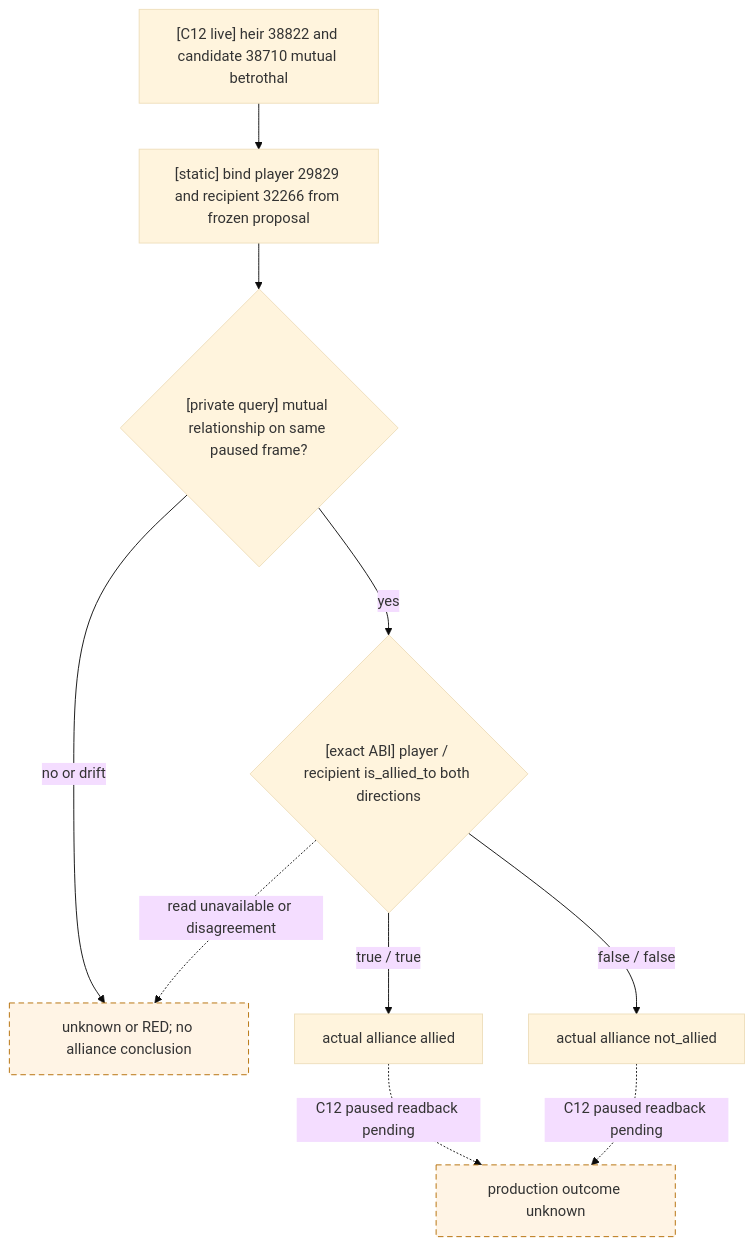
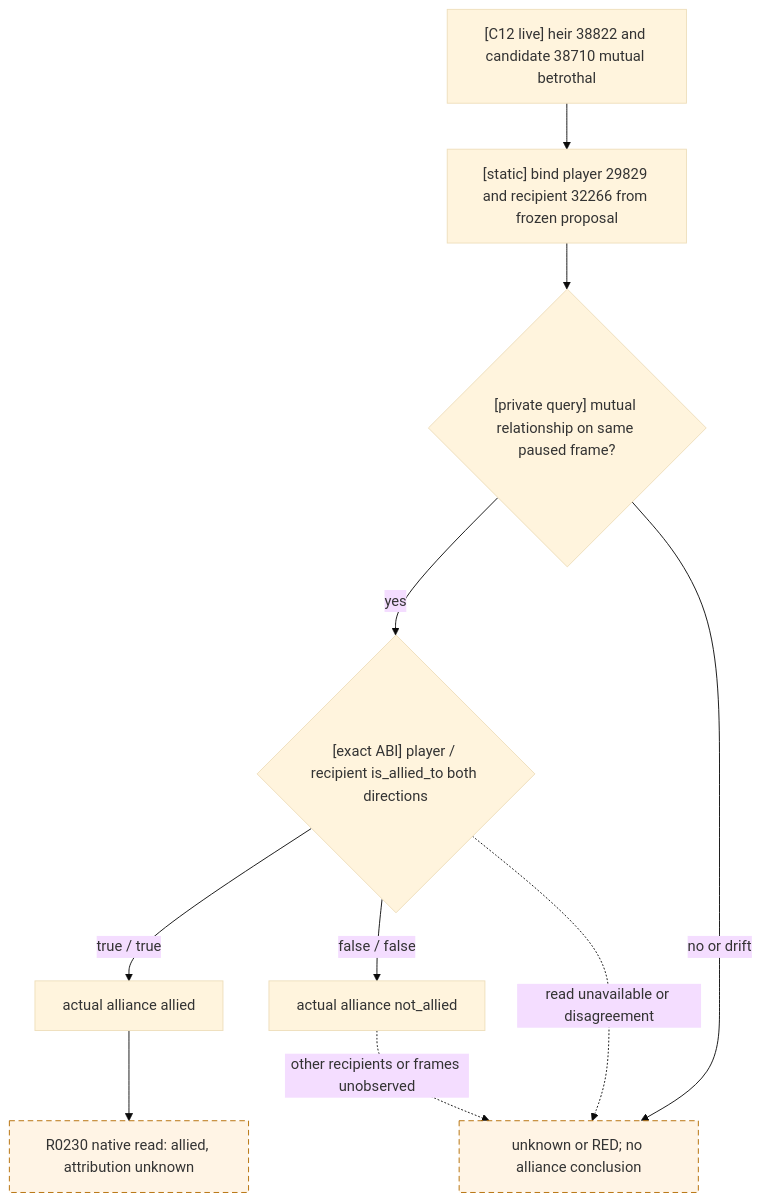
The diagram in docs/ck3-native-ai/m5-c12-actual-alliance-result-2026-09-26.md (XenoAmess/ck3_eternal_recurrence), drawn with Mermaid (base theme) before and after one commit. The commit also changed other lines of this file and 2 other files, not shown here.

Commit message:
NW-FAMILY-C17 Force UTF-8 for managed query reports

````diff
--- a/docs/ck3-native-ai/m5-c12-actual-alliance-result-2026-09-26.md
+++ b/docs/ck3-native-ai/m5-c12-actual-alliance-result-2026-09-26.md
@@ -7,14 +7,14 @@
 ```mermaid
 flowchart TD
     C["[C12 live] heir 38822 and candidate 38710 mutual betrothal"] --> P["[static] bind player 29829 and recipient 32266 from frozen proposal"]
     P --> R{"[private query] mutual relationship on same paused frame?"}
     R -->|yes| A{"[exact ABI] player / recipient is_allied_to both directions"}
     R -->|no or drift| U["unknown or RED; no alliance conclusion"]
     A -->|true / true| Y["actual alliance allied"]
     A -->|false / false| N["actual alliance not_allied"]
     A -. "read unavailable or disagreement" .-> U
-    Y -. "C12 paused readback pending" .-> L["production outcome unknown"]
-    N -. "C12 paused readback pending" .-> L
+    Y --> L["R0230 native read: allied, attribution unknown"]
+    N -. "other recipients or frames unobserved" .-> U
     classDef unknown stroke-dasharray: 6 4,fill:#fff4e5,stroke:#b36b00;
     class U,L unknown;
 ```
````
